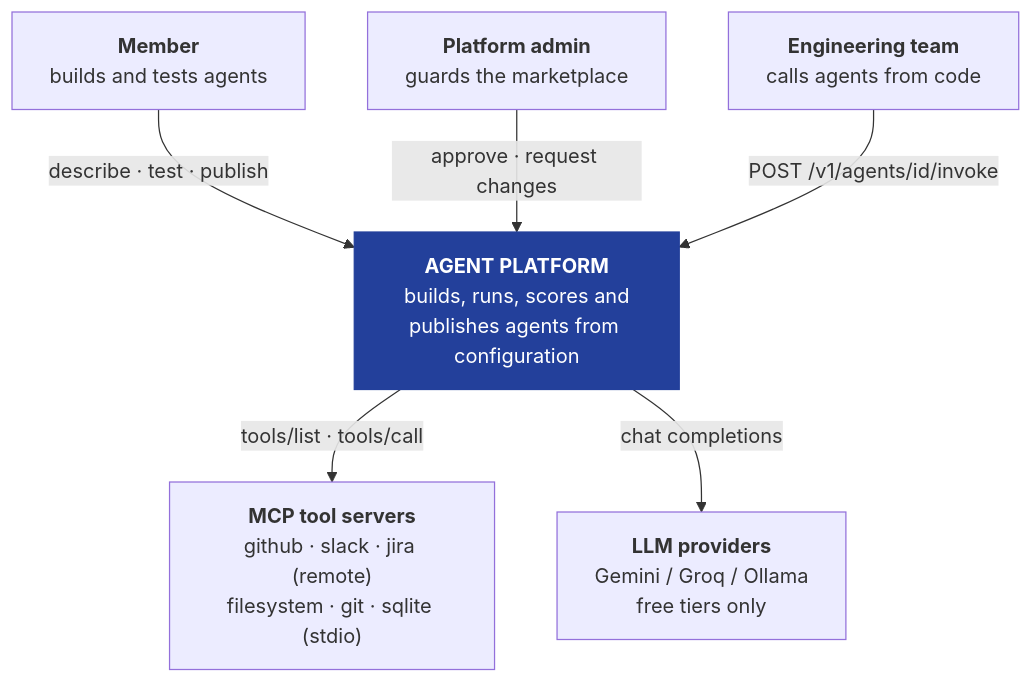
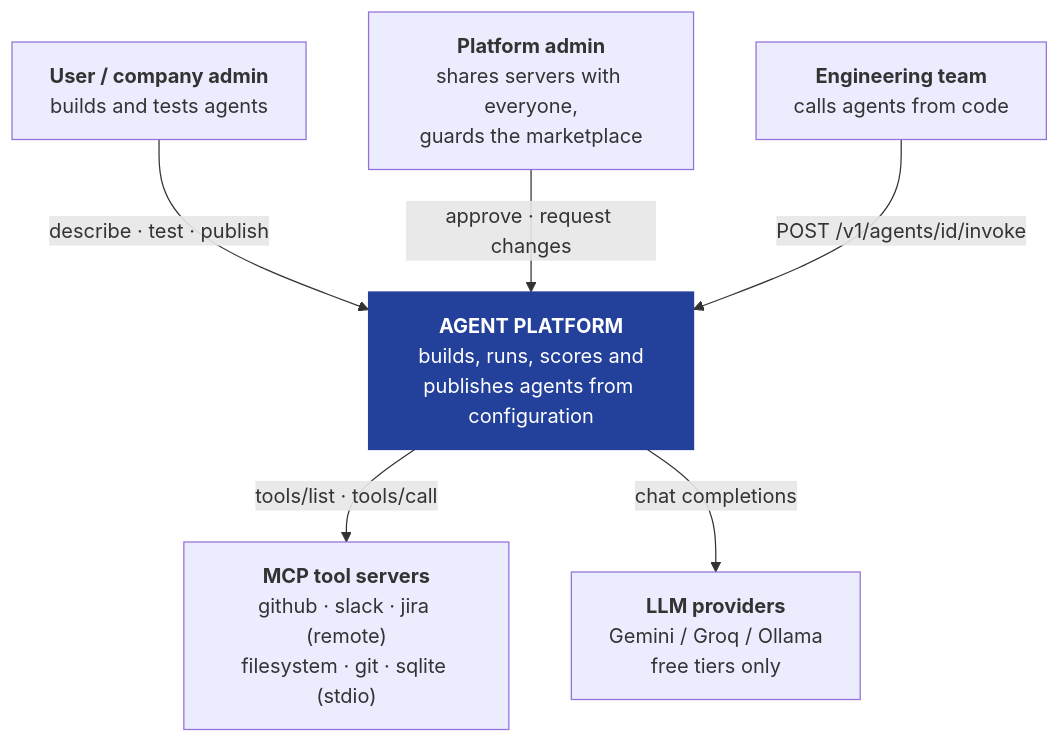
One commit to Shivanilarokar/AgentPlatformCapstone changed the first of 14 diagrams in docs/DESIGN.md. Above: the diagram before and after it, drawn with Mermaid. The commit also changed other lines of this file and 5 other files, not shown here.

Commit message:
Sync docs and diagrams with the role/RLS design; add verify_isolation.py

````diff
--- a/docs/DESIGN.md
+++ b/docs/DESIGN.md
@@ -22,19 +22,19 @@
 ```mermaid
 graph TB
-    MEM["<b>Member</b><br/>builds and tests agents"]
-    ADM["<b>Platform admin</b><br/>guards the marketplace"]
+    MEM["<b>User / company admin</b><br/>builds and tests agents"]
+    ADM["<b>Platform admin</b><br/>shares servers with everyone,<br/>guards the marketplace"]
     DEV["<b>Engineering team</b><br/>calls agents from code"]
 
     SYS["<b>AGENT PLATFORM</b><br/>builds, runs, scores and<br/>publishes agents from configuration"]
 
     MCP["<b>MCP tool servers</b><br/>github · slack · jira (remote)<br/>filesystem · git · sqlite (stdio)"]
     LLM["<b>LLM providers</b><br/>Gemini / Groq / Ollama<br/>free tiers only"]
 
     MEM -->|"describe · test · publish"| SYS
     ADM -->|"approve · request changes"| SYS
     DEV -->|"POST /v1/agents/id/invoke"| SYS
     SYS -->|"tools/list · tools/call"| MCP
     SYS -->|"chat completions"| LLM
 
     style SYS fill:#23409B,color:#fff,stroke:#23409B
 ```
````
